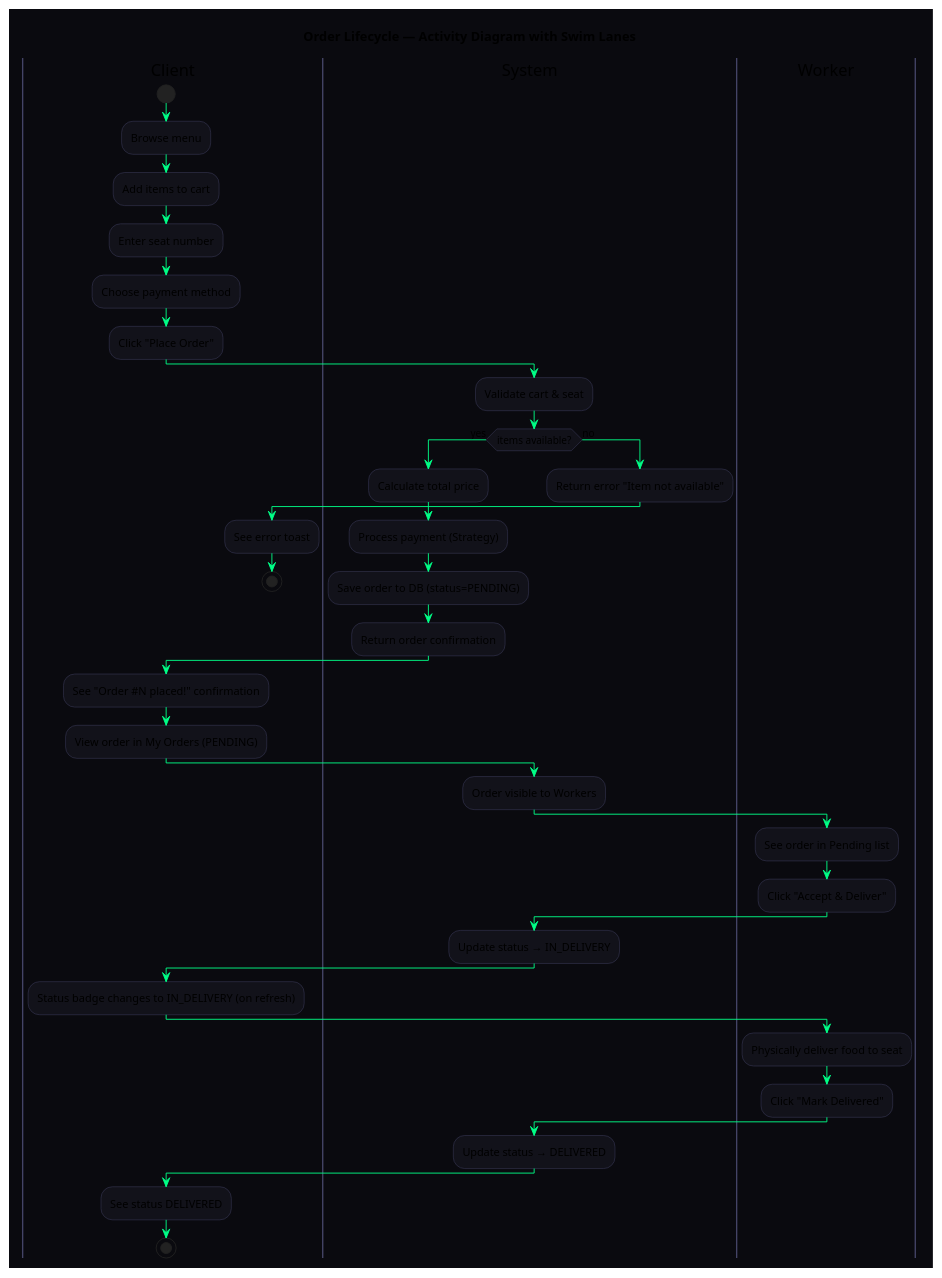
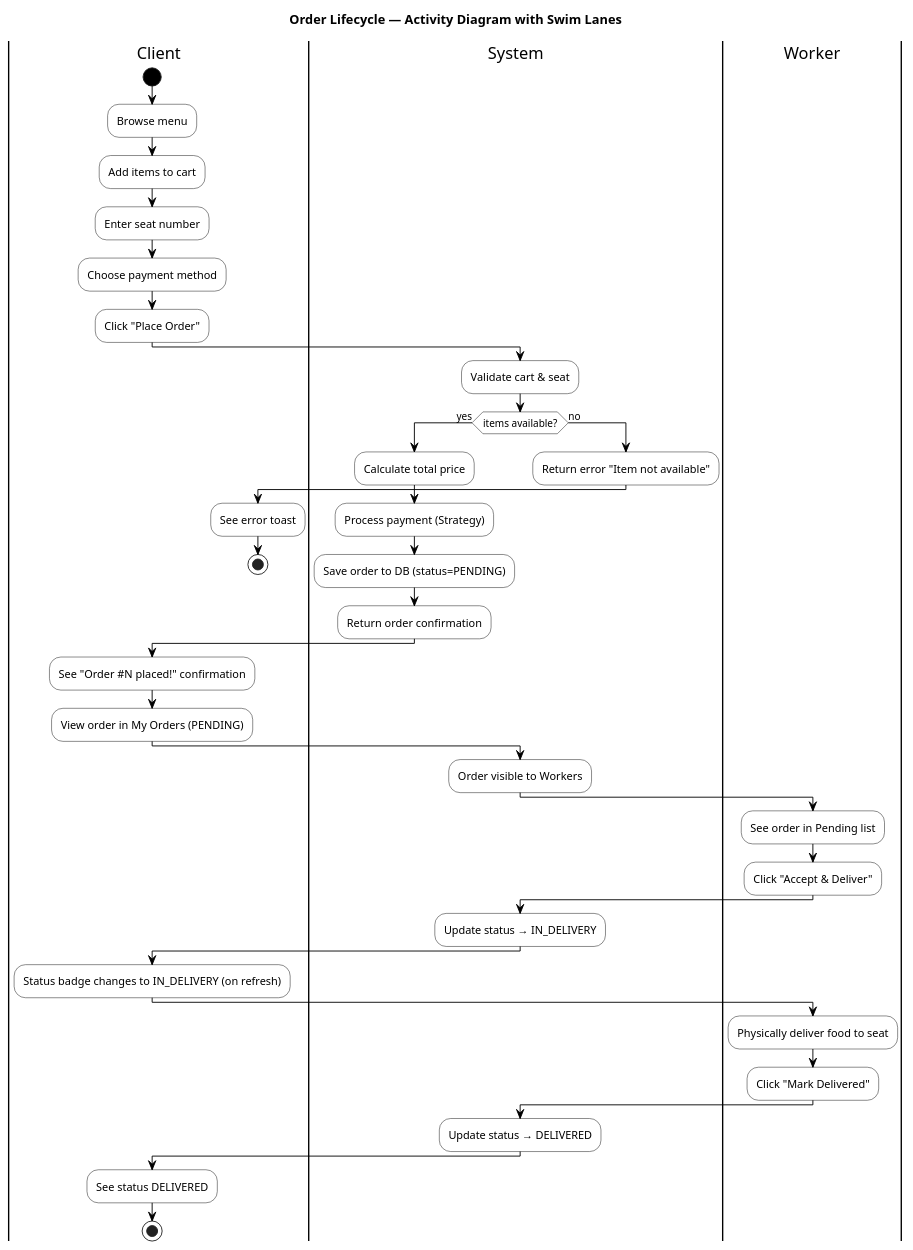
One commit to lidrissiwalid/project-uml changed the diagram in uml/activity_diagram.puml. Above: the diagram before and after it, drawn with PlantUML. The commit also changed 5 other files, not shown here.

```diff
--- a/uml/activity_diagram.puml
+++ b/uml/activity_diagram.puml
@@ -1,61 +1,64 @@
 @startuml activity_diagram
-skinparam backgroundColor #0a0a0f
-skinparam activityBackgroundColor #12121a
-skinparam activityBorderColor #444466
-skinparam activityArrowColor #00ff87
-skinparam fontColor #e8e8f0
-skinparam swimlaneBorderColor #444466
+skinparam backgroundColor #ffffff
+skinparam activityBackgroundColor #ffffff
+skinparam activityBorderColor #000000
+skinparam activityArrowColor #000000
+skinparam fontColor #000000
+skinparam swimlaneBorderColor #000000
+skinparam activityStartColor #000000
+skinparam activityEndColor #000000
+skinparam activityBarColor #000000
 
 title Order Lifecycle — Activity Diagram with Swim Lanes
 
 |Client|
 start
 :Browse menu;
 :Add items to cart;
 :Enter seat number;
 :Choose payment method;
 :Click "Place Order";
 
 |System|
 :Validate cart & seat;
 if (items available?) then (yes)
   :Calculate total price;
   :Process payment (Strategy);
   :Save order to DB (status=PENDING);
   :Return order confirmation;
 else (no)
   :Return error "Item not available";
   |Client|
   :See error toast;
   stop
 endif
 
 |Client|
 :See "Order #N placed!" confirmation;
 :View order in My Orders (PENDING);
 
 |System|
 :Order visible to Workers;
 
 |Worker|
 :See order in Pending list;
 :Click "Accept & Deliver";
 
 |System|
 :Update status → IN_DELIVERY;
 
 |Client|
 :Status badge changes to IN_DELIVERY (on refresh);
 
 |Worker|
 :Physically deliver food to seat;
 :Click "Mark Delivered";
 
 |System|
 :Update status → DELIVERED;
 
 |Client|
 :See status DELIVERED;
 stop
 
 @enduml
```
